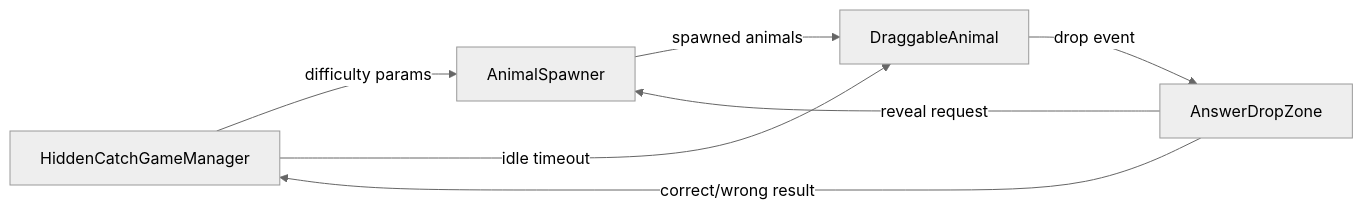
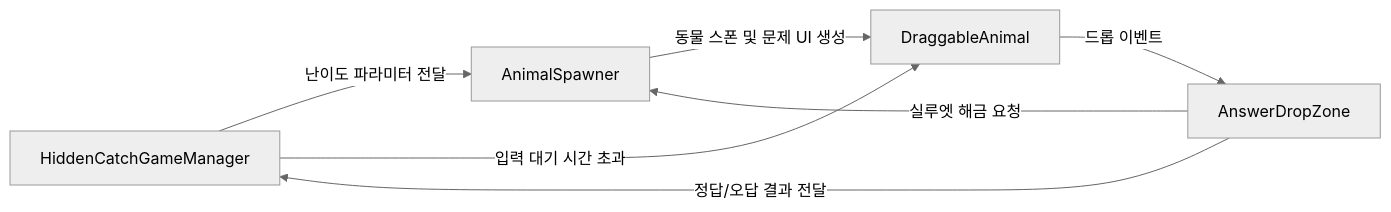
Before and after one commit to yangwonkyu/memoleaf: the second of 6 diagrams in docs/content-flowcharts.md, drawn with Mermaid (neutral theme). The commit also changed other lines of this file and 4 other files, not shown here.

Commit message:
Document Korean flowcharts and custom presentation work

````diff
--- a/docs/content-flowcharts.md
+++ b/docs/content-flowcharts.md
@@ -35,9 +35,9 @@
 ```mermaid
 flowchart LR
-    A[HiddenCatchGameManager] -->|difficulty params| B[AnimalSpawner]
-    B -->|spawned animals| C[DraggableAnimal]
-    C -->|drop event| D[AnswerDropZone]
-    D -->|correct/wrong result| A
-    D -->|reveal request| B
-    A -->|idle timeout| C
+    A[HiddenCatchGameManager] -->|난이도 파라미터 전달| B[AnimalSpawner]
+    B -->|동물 스폰 및 문제 UI 생성| C[DraggableAnimal]
+    C -->|드롭 이벤트| D[AnswerDropZone]
+    D -->|정답/오답 결과 전달| A
+    D -->|실루엣 해금 요청| B
+    A -->|입력 대기 시간 초과| C
 ```
````
